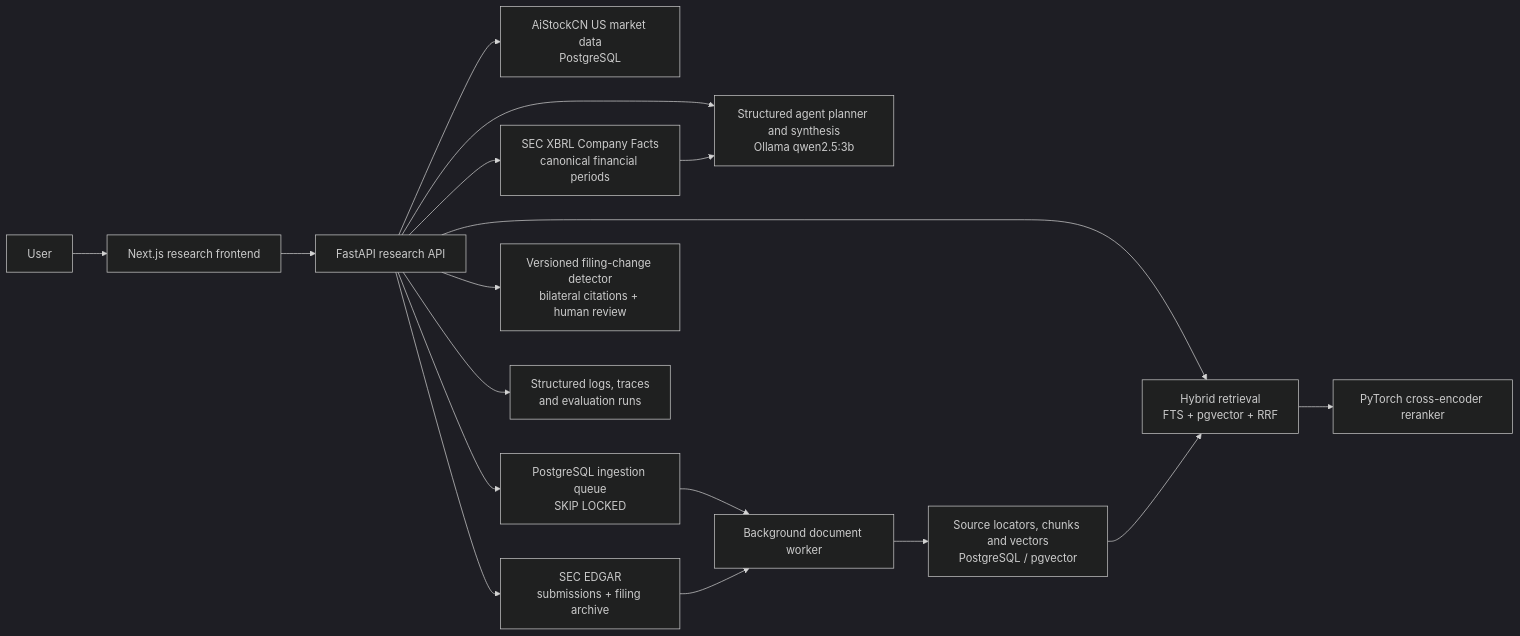
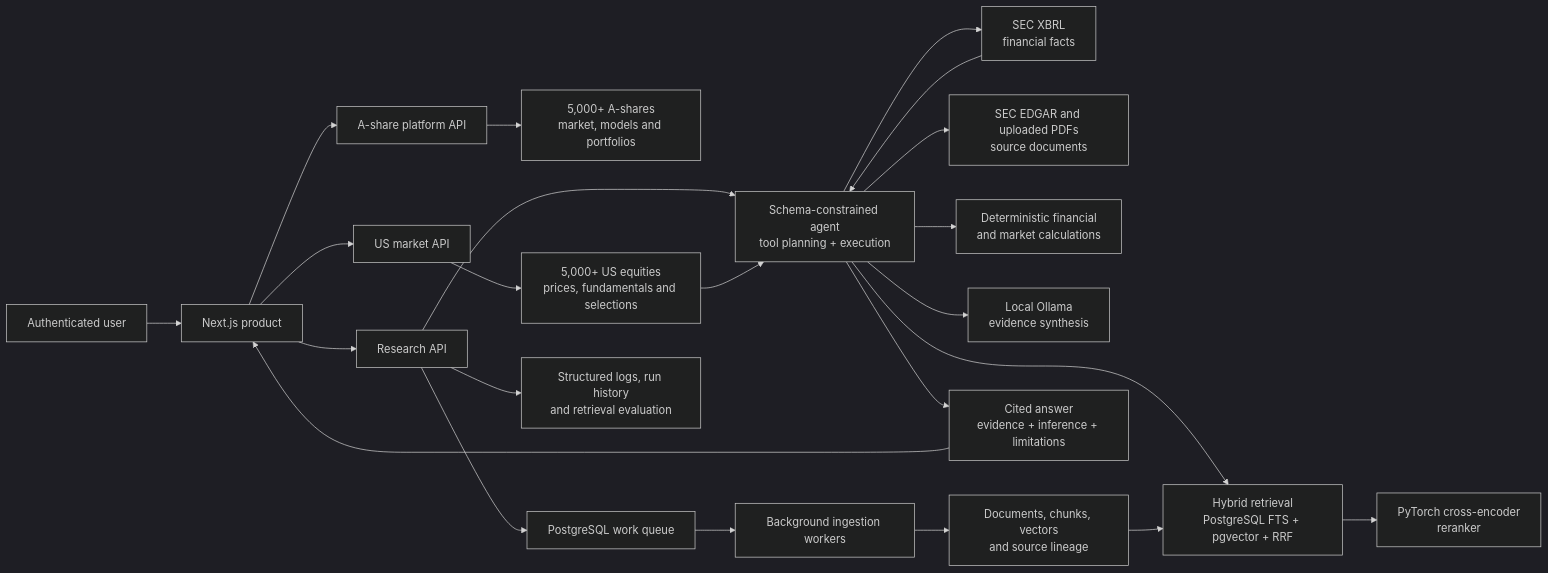
The diagram in README.md (thisiscatcode/aistockcn), drawn with Mermaid (dark theme) before and after one commit. The commit also changed other lines of this file and 2 other files, not shown here.

Commit message:
Reframe documentation around the AI finance product

````diff
--- a/README.md
+++ b/README.md
@@ -67,19 +99,30 @@
 ```mermaid
 flowchart LR
-    U["User"] --> W["Next.js research frontend"]
-    W --> A["FastAPI research API"]
-    A --> L["Structured agent planner and synthesis\nOllama qwen2.5:3b"]
-    A --> M["AiStockCN US market data\nPostgreSQL"]
-    A --> S["SEC EDGAR\nsubmissions + filing archive"]
-    A --> X["SEC XBRL Company Facts\ncanonical financial periods"]
-    A --> H["Hybrid retrieval\nFTS + pgvector + RRF"]
-    H --> R["PyTorch cross-encoder reranker"]
-    A --> Q["PostgreSQL ingestion queue\nSKIP LOCKED"]
-    A --> C["Versioned filing-change detector\nbilateral citations + human review"]
-    Q --> K["Background document worker"]
-    S --> K
-    K --> V["Source locators, chunks and vectors\nPostgreSQL / pgvector"]
+    U["Authenticated user"] --> W["Next.js product"]
+
+    W --> C["A-share platform API"]
+    W --> M["US market API"]
+    W --> R["Research API"]
+
+    C --> CN["5,000+ A-shares\nmarket, models and portfolios"]
+    M --> US["5,000+ US equities\nprices, fundamentals and selections"]
+
+    R --> P["Schema-constrained agent\ntool planning + execution"]
+    P --> X["SEC XBRL\nfinancial facts"]
+    P --> S["SEC EDGAR and uploaded PDFs\nsource documents"]
+    P --> D["Deterministic financial\nand market calculations"]
+    P --> H["Hybrid retrieval\nPostgreSQL FTS + pgvector + RRF"]
+    H --> RR["PyTorch cross-encoder\nreranker"]
+    P --> L["Local Ollama\nevidence synthesis"]
+
+    R --> Q["PostgreSQL work queue"]
+    Q --> K["Background ingestion workers"]
+    K --> V["Documents, chunks, vectors\nand source lineage"]
     V --> H
-    A --> O["Structured logs, traces\nand evaluation runs"]
-    X --> L
+
+    R --> O["Structured logs, run history\nand retrieval evaluation"]
+    X --> P
+    US --> P
+    P --> A["Cited answer\nevidence + inference + limitations"]
+    A --> W
 ```
````
